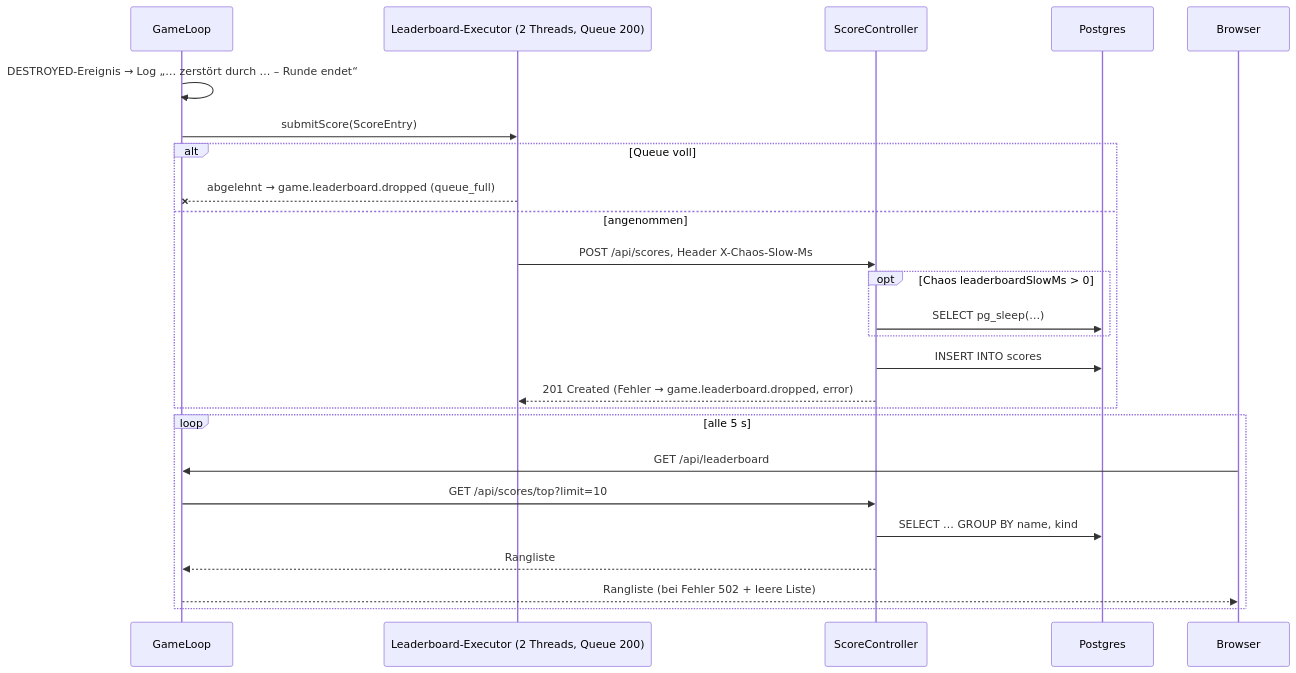
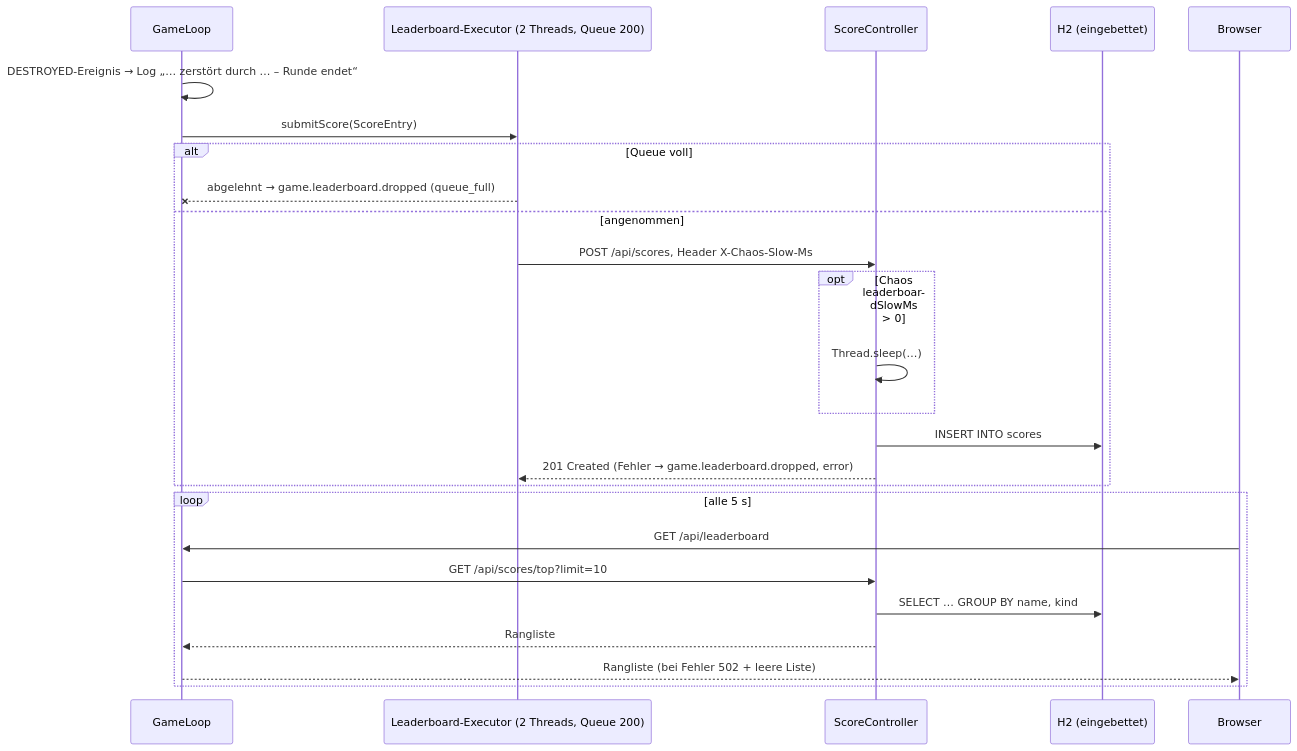
The fourth of 4 diagrams in arc-doc/06-Laufzeitsicht/06-01-Szenarien.md (c-kaiser/u-boot-arcade), drawn with Mermaid before and after one commit. The commit also changed other lines of this file and 31 other files, not shown here.

````diff
--- a/arc-doc/06-Laufzeitsicht/06-01-Szenarien.md
+++ b/arc-doc/06-Laufzeitsicht/06-01-Szenarien.md
@@ -157,28 +157,28 @@
 ```mermaid
 sequenceDiagram
     participant T as GameLoop
     participant Q as Leaderboard-Executor (2 Threads, Queue 200)
     participant S as ScoreController
-    participant DB as Postgres
+    participant DB as H2 (eingebettet)
     participant B as Browser
 
     T->>T: DESTROYED-Ereignis → Log „… zerstört durch … – Runde endet“
     T->>Q: submitScore(ScoreEntry)
     alt Queue voll
         Q--xT: abgelehnt → game.leaderboard.dropped (queue_full)
     else angenommen
         Q->>S: POST /api/scores, Header X-Chaos-Slow-Ms
         opt Chaos leaderboardSlowMs > 0
-            S->>DB: SELECT pg_sleep(…)
+            S->>S: Thread.sleep(…)
         end
         S->>DB: INSERT INTO scores
         S-->>Q: 201 Created (Fehler → game.leaderboard.dropped, error)
     end
     loop alle 5 s
         B->>T: GET /api/leaderboard
         T->>S: GET /api/scores/top?limit=10
         S->>DB: SELECT … GROUP BY name, kind
         S-->>T: Rangliste
         T-->>B: Rangliste (bei Fehler 502 + leere Liste)
     end
 ```
````
